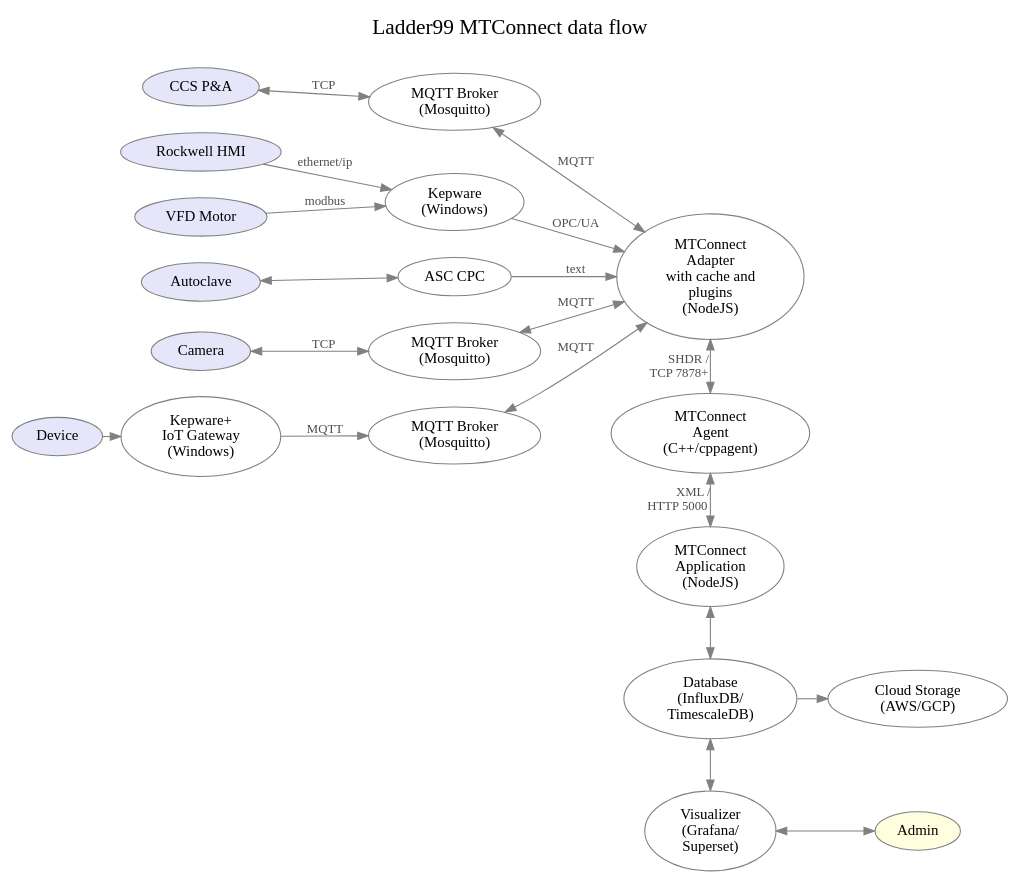
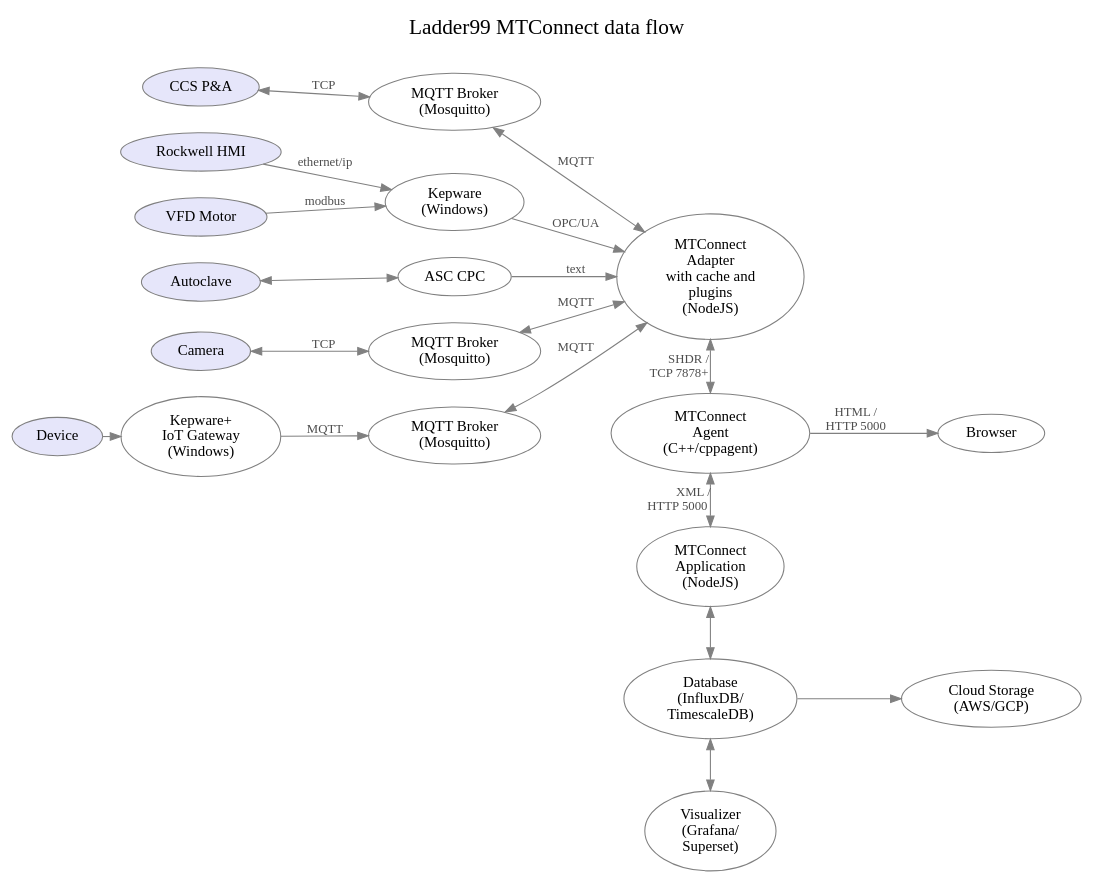
Before and after one commit to Ladder99/ladder99: the diagram in design/architecture.dot, drawn with Graphviz. The commit also changed 3 other files, not shown here.

```diff
--- a/design/architecture.dot
+++ b/design/architecture.dot
@@ -1,79 +1,75 @@
 digraph "ladder99-adapter" {
 
   // styles
   graph [ label="Ladder99 MTConnect data flow\n "; color=lightgray; ];
   graph [ fontsize=20 ];
   graph [ labelloc=t ];
   graph [ ranksep=0.2 ];
   graph [ nodesep=0.35 ];
   graph [ rankdir=LR; ] // left-to-right
   node [ color=gray; fillcolor=white; style=filled ];
   edge [ color=gray ];
   edge [ fontsize=12; fontcolor=gray30; ];
 
   // nodes
   PA [ fillcolor=lavender; label="CCS P&A" ];
   HMI [ fillcolor=lavender; label="Rockwell HMI" ];
   Motor [ fillcolor=lavender; label="VFD Motor" ];
   OldMachine3 [ fillcolor=lavender; label="Device" ];
   Camera [ fillcolor=lavender; label="Camera" ];
   Kepware1 [ label="Kepware\n(Windows)"];
   Kepware2 [ label="Kepware+\nIoT Gateway\n(Windows)"];
   Autoclave [ label="Autoclave", fillcolor=lavender ];
   CPC [ label="ASC CPC" ];
   Broker1 [ label="MQTT Broker\n(Mosquitto)" ];
   Broker3 [ label="MQTT Broker\n(Mosquitto)" ];
   Broker4 [ label="MQTT Broker\n(Mosquitto)" ];
   // OldMachine1 [ fillcolor=lavender; label="Old Machine 1" ];
   // PLC4X [ label="PLC4X\n(Java)" ];
-
   Adapter [ label="MTConnect\nAdapter\nwith cache and\nplugins\n(NodeJS)" ];
   // DiodeSender [ label="Diode Sender\n(Java+RabbitMQ)" ];
   // DiodeReceiver [ label="Diode Receiver\n(Java+RabbitMQ)" ];
-
   Agent [ label="MTConnect\nAgent\n(C++/cppagent)" ];
   Application [ label="MTConnect\nApplication\n(NodeJS)" ];
   Database [ label="Database\n(InfluxDB/\nTimescaleDB)" ];
   Visualizer [ label="Visualizer\n(Grafana/\nSuperset)" ];
   Cloud [ label="Cloud Storage\n(AWS/GCP)" ];
-  Admin [ fillcolor=lightyellow ];
+  // Admin [ fillcolor=lightyellow ];
   // LOI [ label="LOI\n(SvelteJS)" ];
   // Operator [ fillcolor=lightyellow ];
 
   // edges
   PA -> Broker1 [ label="  TCP  ", dir=both ];
   Camera -> Broker3 [ label="  TCP  ", dir=both ];
   Autoclave -> CPC [ dir=both ];
   Broker1 -> Adapter [ label="MQTT", dir=both ];
   Broker3 -> Adapter [ label="MQTT", dir=both ];
   Broker4 -> Adapter [ label="MQTT", dir=both ];
   // OldMachine1 -> PLC4X; // [ label="proprietary\nprotocol" ];
   // PLC4X -> Broker3 [ label="" ];
   HMI -> Kepware1 [ label="ethernet/ip" ];
   Motor -> Kepware1 [ label="modbus" ];
   Kepware1 -> Adapter [ label="OPC/UA" ];
   // Kepware2 -> Gateway;
   CPC -> Adapter [ label="text" ];
   // Gateway -> Broker4 [ label="MQTT" ];
   OldMachine3 -> Kepware2;
   Kepware2 -> Broker4 [ label="MQTT" ];
-  
   Adapter -> Agent [ label="SHDR /   \nTCP 7878+         ", dir=both ];
-
   // Adapter -> DiodeSender [ label="SHDR /   \nTCP 7878      ", dir=both, style=dotted ];
   // DiodeSender -> DiodeReceiver [ label="UDP    ", style=dotted ];
   // DiodeReceiver -> Agent [ label="SHDR /    \nTCP 7878        ", style=dotted ];
-  
   Agent -> Application [ dir=both; label="XML / \nHTTP 5000          " ];
+  Agent -> Browser [ label="HTML /\nHTTP 5000" ];
   Application -> Database [ dir=both ];
   Database -> Visualizer [ dir=both ];
   Database -> Cloud;
-  Visualizer -> Admin [ dir=both ];
+  // Visualizer -> Admin [ dir=both ];
   // Application -> LOI;
   // LOI -> Operator;
 
   // rank
   { rank=same; Adapter Agent Application Database Visualizer };
   // { rank=same; DiodeSender DiodeReceiver Cloud Admin };
-  { rank=same; Cloud Admin };
+  // { rank=same; Cloud Admin };
 }
```
